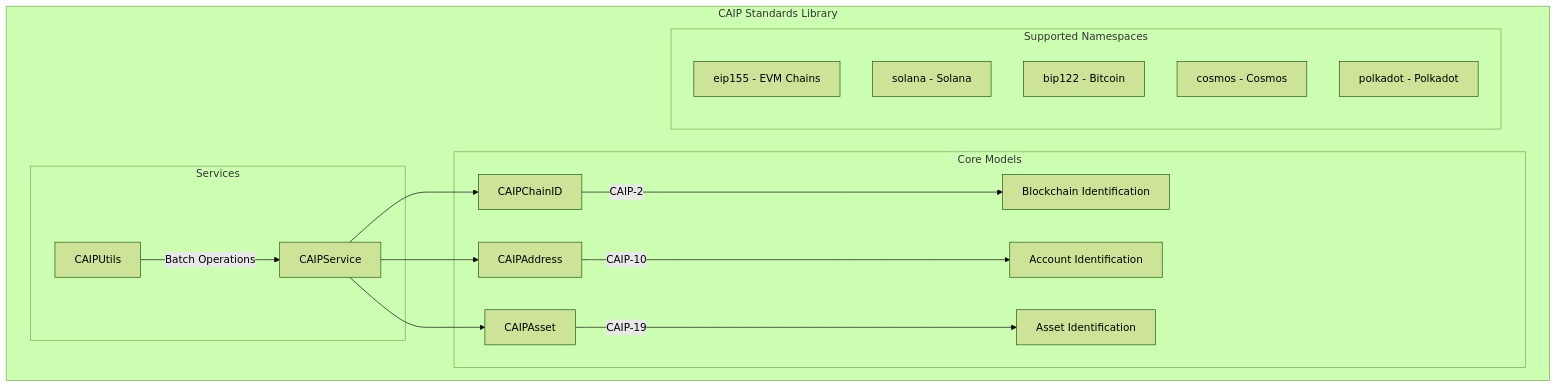
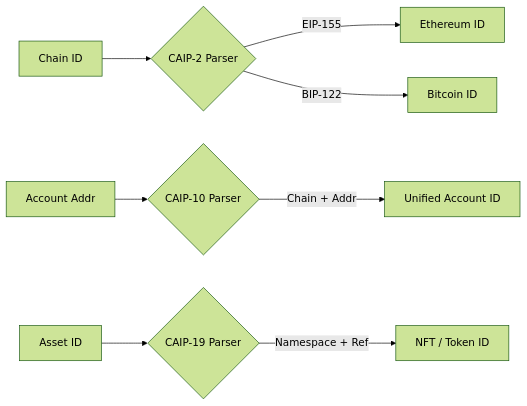
One commit to ImL1s/kotlin-caip-standards changed the diagram in README.md. Above: the diagram before and after it, drawn with Mermaid (forest theme). The commit also changed other lines of this file and 1 other file, not shown here.

Commit message:
docs: add hero banner and architecture diagrams

````diff
--- a/README.md
+++ b/README.md
@@ -39,25 +22,12 @@
 ```mermaid
-graph TB
-    subgraph "CAIP Standards Library"
-        subgraph "Core Models"
-            A[CAIPChainID] --> |"CAIP-2"| B[Blockchain Identification]
-            C[CAIPAddress] --> |"CAIP-10"| D[Account Identification]
-            E[CAIPAsset] --> |"CAIP-19"| F[Asset Identification]
-        end
-        
-        subgraph "Services"
-            G[CAIPService] --> A
-            G --> C
-            G --> E
-            H[CAIPUtils] --> |"Batch Operations"| G
-        end
-        
-        subgraph "Supported Namespaces"
-            I[eip155 - EVM Chains]
-            J[solana - Solana]
-            K[bip122 - Bitcoin]
-            L[cosmos - Cosmos]
-            M[polkadot - Polkadot]
-        end
-    end
+graph LR
+    A[Chain ID] --> B{CAIP-2 Parser}
+    B -->|EIP-155| C[Ethereum ID]
+    B -->|BIP-122| D[Bitcoin ID]
+
+    E[Account Addr] --> F{CAIP-10 Parser}
+    F -->|Chain + Addr| G[Unified Account ID]
+    
+    H[Asset ID] --> I{CAIP-19 Parser}
+    I -->|Namespace + Ref| J[NFT / Token ID]
 ```
````
